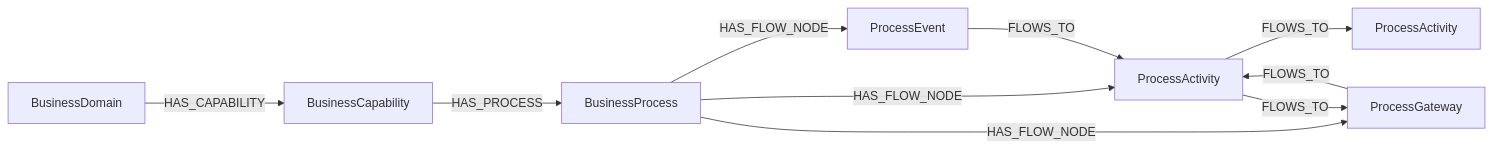
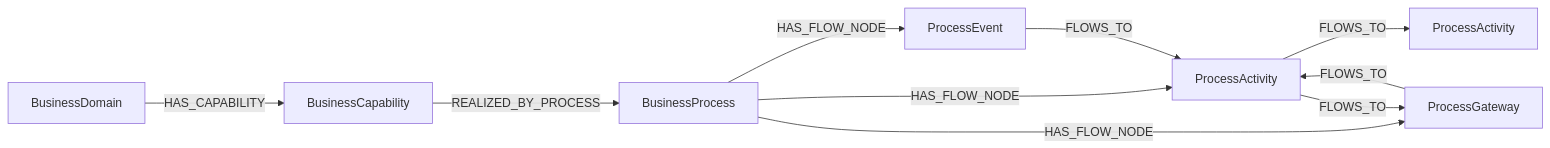
The third of 5 diagrams in documentation/product-vision.md (ThinkPlus-Consulting/design-hub), drawn with Mermaid before and after one commit. The commit also changed other lines of this file and 8 other files, not shown here.

````diff
--- a/documentation/product-vision.md
+++ b/documentation/product-vision.md
@@ -145,12 +145,12 @@
 ```mermaid
 graph LR
     BD[BusinessDomain] -->|HAS_CAPABILITY| BC[BusinessCapability]
-    BC -->|HAS_PROCESS| BP[BusinessProcess]
+    BC -->|REALIZED_BY_PROCESS| BP[BusinessProcess]
     BP -->|HAS_FLOW_NODE| PA[ProcessActivity]
     BP -->|HAS_FLOW_NODE| PG[ProcessGateway]
     BP -->|HAS_FLOW_NODE| PE[ProcessEvent]
     PA -->|FLOWS_TO| PA2[ProcessActivity]
     PA -->|FLOWS_TO| PG
     PG -->|FLOWS_TO| PA
     PE -->|FLOWS_TO| PA
 ```
````
